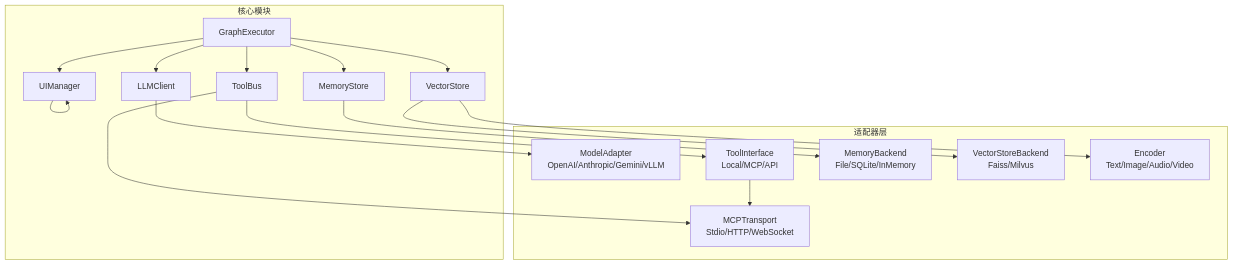
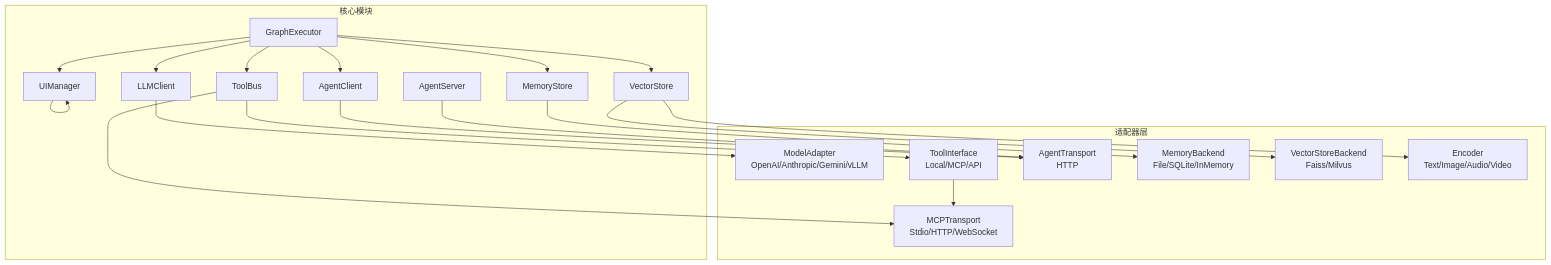
One commit to Mapoet/taskflow changed the third of 3 diagrams in agent_framework/docs/architecture/overview.md. Above: the diagram before and after it, drawn with Mermaid. The commit also changed other lines of this file and 3 other files, not shown here.

````diff
--- a/agent_framework/docs/architecture/overview.md
+++ b/agent_framework/docs/architecture/overview.md
@@ -2141,36 +2423,42 @@
 ```mermaid
 graph TB
     subgraph "核心模块"
         GRAPH[GraphExecutor]
         LLM[LLMClient]
         TOOL[ToolBus]
+        AGENT_CLIENT[AgentClient]
+        AGENT_SERVER[AgentServer]
         MEM[MemoryStore]
         VEC[VectorStore]
         UI[UIManager]
     end
     
     subgraph "适配器层"
         LLM_ADAPTER[ModelAdapter<br/>OpenAI/Anthropic/Gemini/vLLM]
         TOOL_INTERFACE[ToolInterface<br/>Local/MCP/API]
         MCP_TRANSPORT[MCPTransport<br/>Stdio/HTTP/WebSocket]
+        AGENT_TRANSPORT[AgentTransport<br/>HTTP]
         MEM_BACKEND[MemoryBackend<br/>File/SQLite/InMemory]
         VEC_BACKEND[VectorStoreBackend<br/>Faiss/Milvus]
         ENCODER[Encoder<br/>Text/Image/Audio/Video]
     end
     
     GRAPH --> LLM
     GRAPH --> TOOL
+    GRAPH --> AGENT_CLIENT
     GRAPH --> MEM
     GRAPH --> VEC
     GRAPH --> UI
     
     LLM --> LLM_ADAPTER
     TOOL --> TOOL_INTERFACE
     TOOL --> MCP_TRANSPORT
+    AGENT_CLIENT --> AGENT_TRANSPORT
+    AGENT_SERVER --> AGENT_TRANSPORT
     MEM --> MEM_BACKEND
     VEC --> VEC_BACKEND
     VEC --> ENCODER
     UI --> UI
     
     TOOL_INTERFACE --> MCP_TRANSPORT
 ```
````
